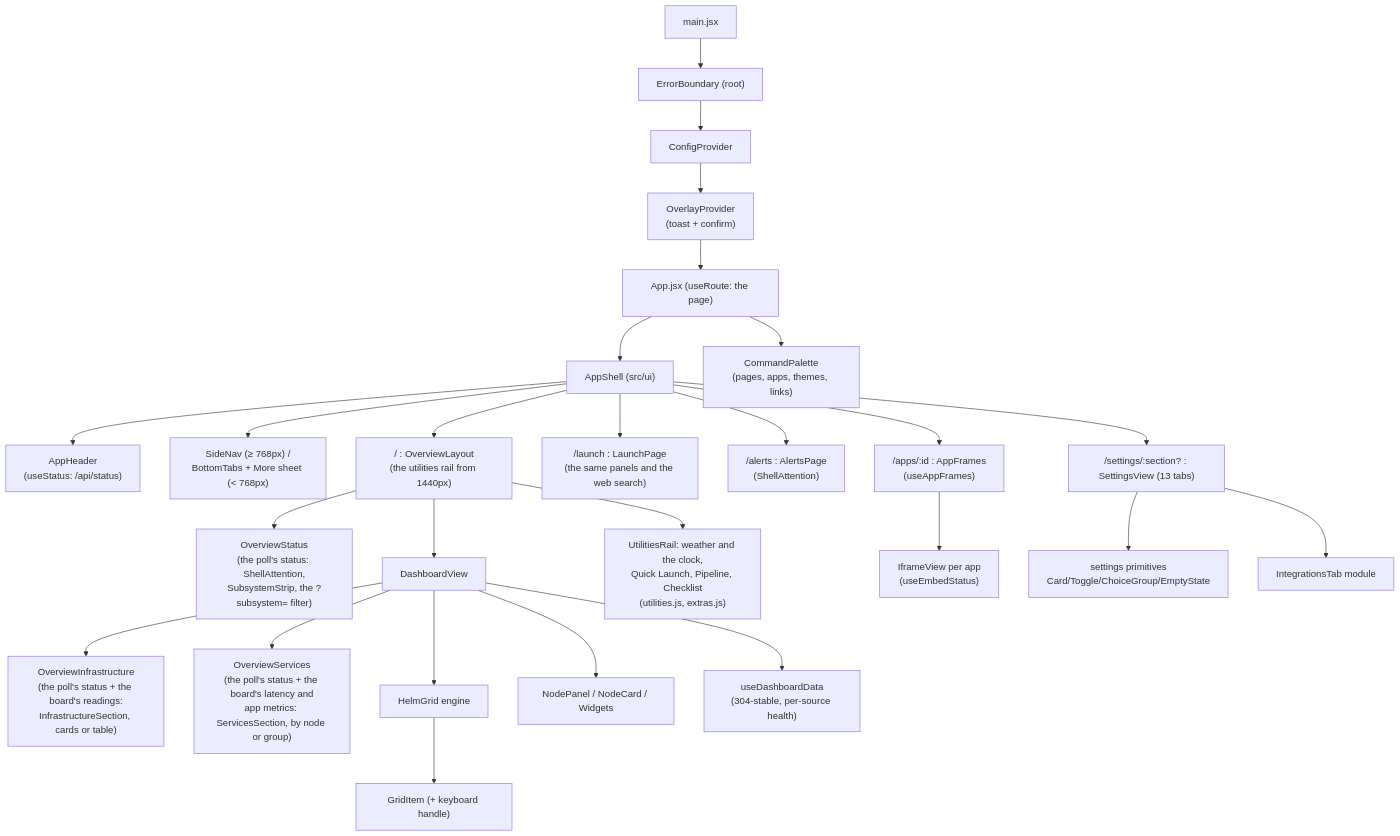
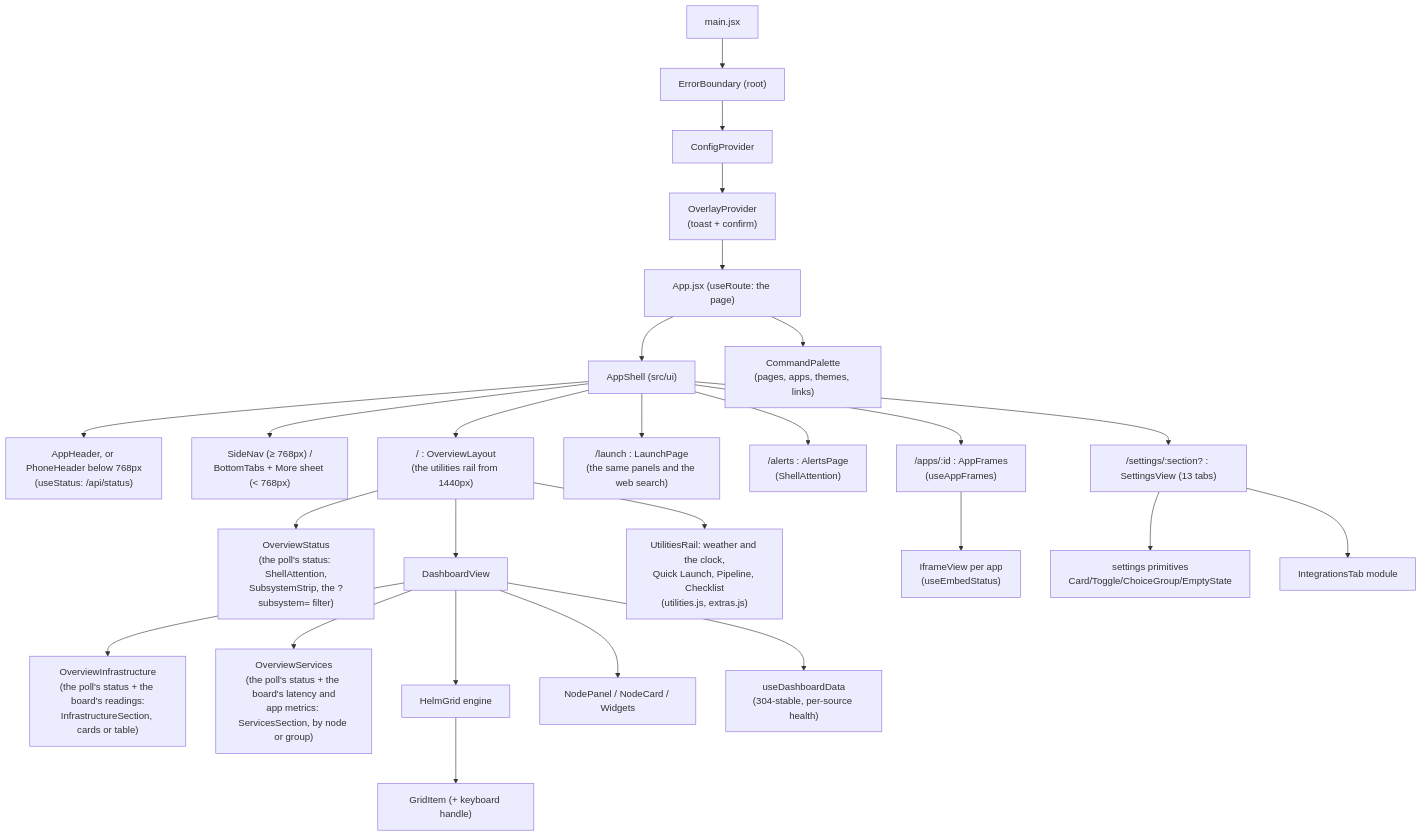
One commit to jagbhandal/jaghelm changed the fourth of 5 diagrams in docs/ARCHITECTURE.md. Above: the diagram before and after it, drawn with Mermaid. The commit also changed other lines of this file and 1 other file, not shown here.

Commit message:
docs: the phone's own header, and where the old one's actions went (#569)

````diff
--- a/docs/ARCHITECTURE.md
+++ b/docs/ARCHITECTURE.md
@@ -1776,28 +1776,28 @@
 ```mermaid
 flowchart TD
   MAIN["main.jsx"] --> EB["ErrorBoundary (root)"]
   EB --> CP["ConfigProvider"]
   CP --> OP["OverlayProvider<br/>(toast + confirm)"]
   OP --> APP["App.jsx (useRoute: the page)"]
   APP --> SH["AppShell (src/ui)"]
-  SH --> HD["AppHeader<br/>(useStatus: /api/status)"]
+  SH --> HD["AppHeader, or PhoneHeader below 768px<br/>(useStatus: /api/status)"]
   SH --> SN["SideNav (≥ 768px) /<br/>BottomTabs + More sheet (< 768px)"]
   APP --> CPAL["CommandPalette<br/>(pages, apps, themes, links)"]
   SH --> OL["/ : OverviewLayout<br/>(the utilities rail from 1440px)"]
   OL --> OS["OverviewStatus<br/>(the poll's status: ShellAttention,<br/>SubsystemStrip, the ?subsystem= filter)"]
   OL --> DV["DashboardView"]
   OL --> UR["UtilitiesRail: weather and the clock,<br/>Quick Launch, Pipeline, Checklist<br/>(utilities.js, extras.js)"]
   SH --> LP["/launch : LaunchPage<br/>(the same panels and the web search)"]
   DV --> OI["OverviewInfrastructure<br/>(the poll's status + the board's readings:<br/>InfrastructureSection, cards or table)"]
   DV --> OSV["OverviewServices<br/>(the poll's status + the board's latency and<br/>app metrics: ServicesSection, by node or group)"]
   SH --> AP["/alerts : AlertsPage<br/>(ShellAttention)"]
   SH --> SV["/settings/:section? : SettingsView (13 tabs)"]
   SH --> AF["/apps/:id : AppFrames<br/>(useAppFrames)"]
   AF --> IV["IframeView per app<br/>(useEmbedStatus)"]
   DV --> HG["HelmGrid engine"]
   HG --> GI["GridItem (+ keyboard handle)"]
   DV --> NP["NodePanel / NodeCard / Widgets"]
   DV --> UDD["useDashboardData<br/>(304-stable, per-source health)"]
   SV --> PRIM["settings primitives<br/>Card/Toggle/ChoiceGroup/EmptyState"]
   SV --> ITAB["IntegrationsTab module"]
 ```
````
